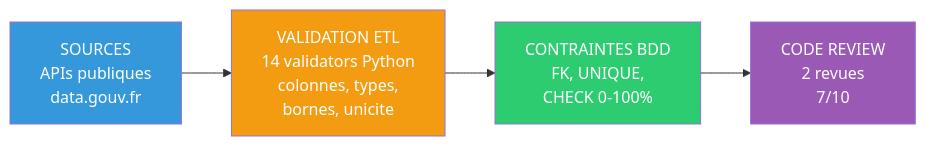
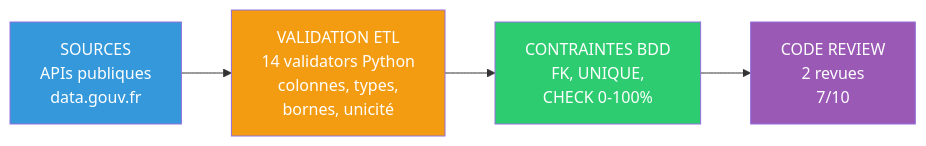
The diagram in docs/06-dossier-projet/E1-Qualite-Donnees.md (Sam-rst/EPSI_M1_MSPR-Groupe_RYMS), drawn with Mermaid before and after one commit. The commit also changed other lines of this file and 8 other files, not shown here.

````diff
--- a/docs/06-dossier-projet/E1-Qualite-Donnees.md
+++ b/docs/06-dossier-projet/E1-Qualite-Donnees.md
@@ -9,11 +9,11 @@
 ```mermaid
 flowchart LR
-    A["SOURCES\nAPIs publiques\ndata.gouv.fr"] --> B["VALIDATION ETL\n14 validators Python\ncolonnes, types,\nbornes, unicite"]
+    A["SOURCES\nAPIs publiques\ndata.gouv.fr"] --> B["VALIDATION ETL\n14 validators Python\ncolonnes, types,\nbornes, unicité"]
     B --> C["CONTRAINTES BDD\nFK, UNIQUE,\nCHECK 0-100%"]
     C --> D["CODE REVIEW\n2 revues\n7/10"]
 
     style A fill:#3498db,color:#fff
     style B fill:#f39c12,color:#fff
     style C fill:#2ecc71,color:#fff
     style D fill:#9b59b6,color:#fff
 ```
````
